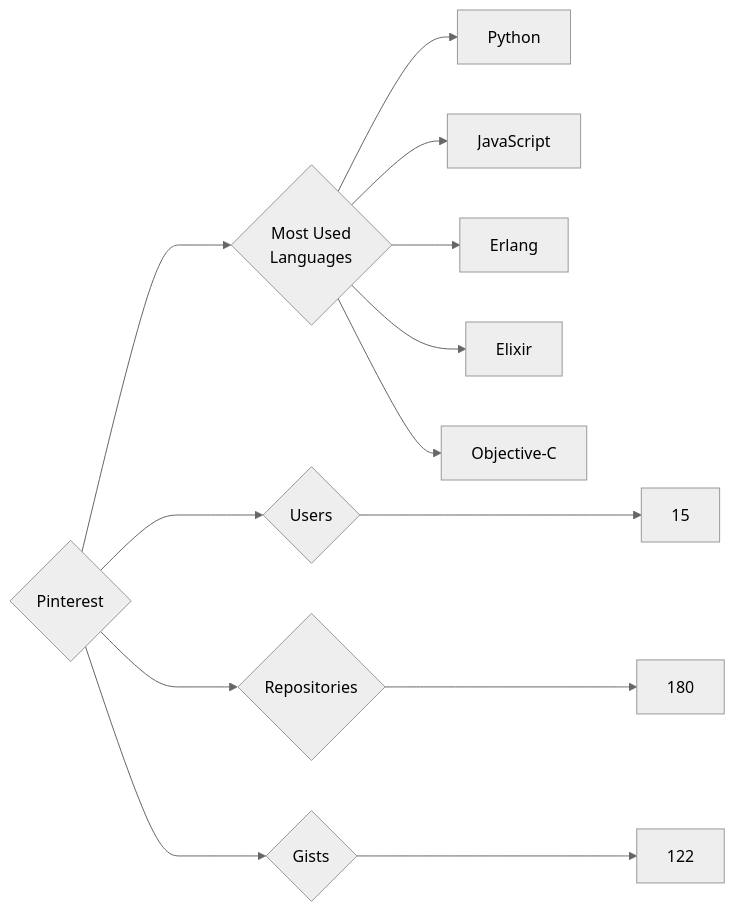
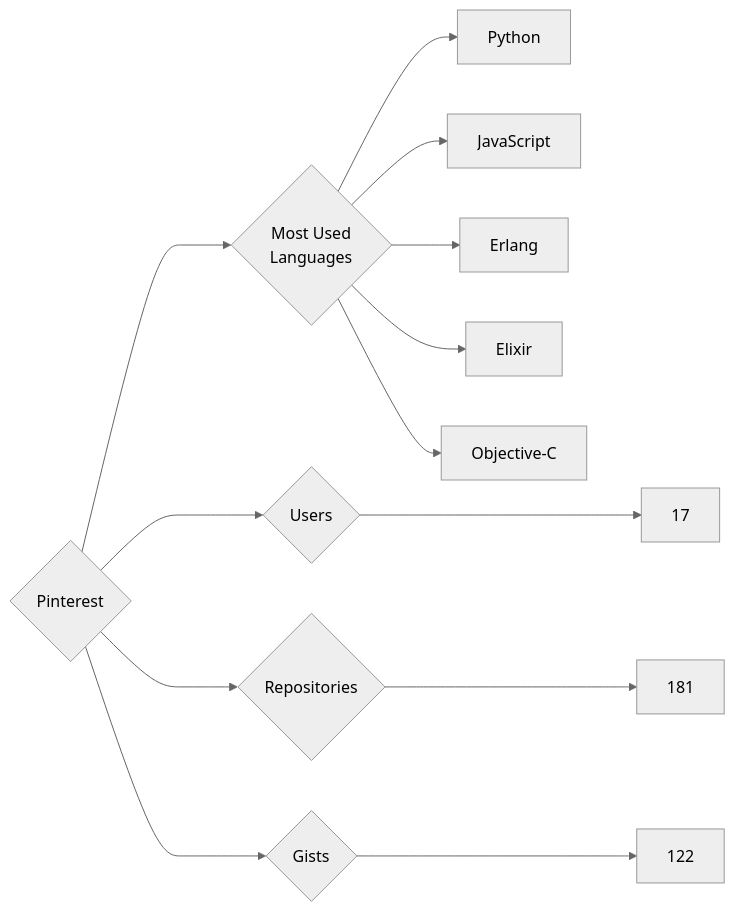
The diagram in targets/Pinterest/README.md (trickest/insiders), drawn with Mermaid (neutral theme) before and after one commit. The commit also changed 964 other files, not shown here.

````diff
--- a/targets/Pinterest/README.md
+++ b/targets/Pinterest/README.md
@@ -3,13 +3,13 @@
 ```mermaid
 graph LR
 COMPANY_NAME{Pinterest}
-COMPANY_NAME ---> U{Users} ---> UN[15]
-COMPANY_NAME ---> R{Repositories} ---> RN[180]
+COMPANY_NAME ---> U{Users} ---> UN[17]
+COMPANY_NAME ---> R{Repositories} ---> RN[181]
 COMPANY_NAME ---> G{Gists} ---> GN[122]
 COMPANY_NAME ---> ML{Most Used<br>Languages}
 ML --> Python[Python]
 ML --> JavaScript[JavaScript]
 ML --> Erlang[Erlang]
 ML --> Elixir[Elixir]
 ML --> Objective-C[Objective-C]
 ```
````
